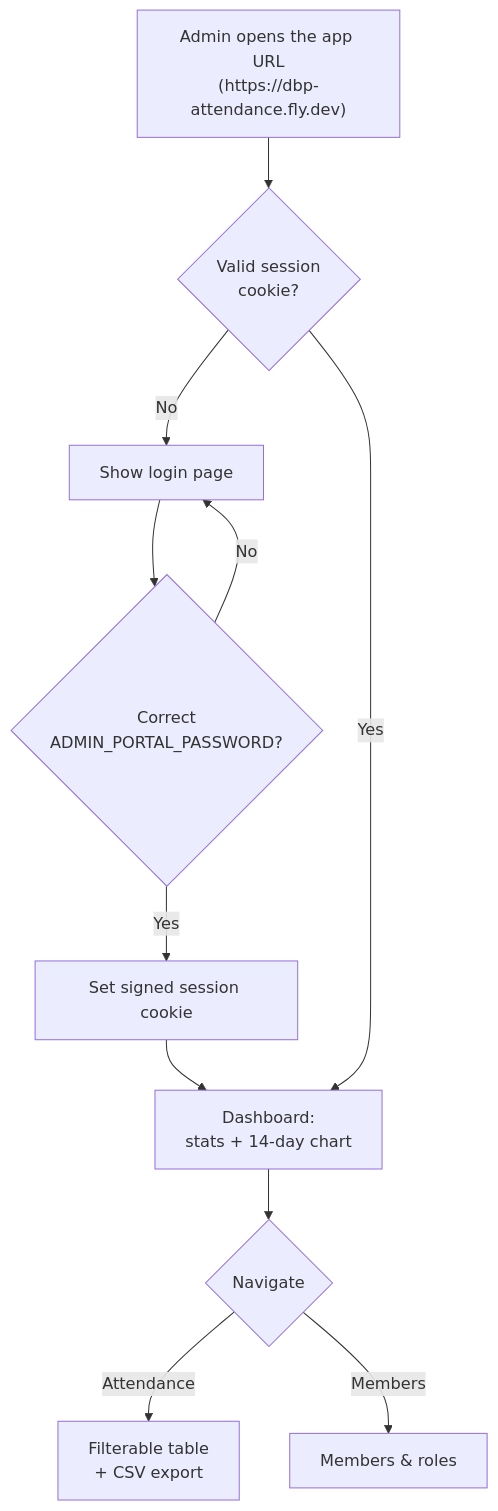
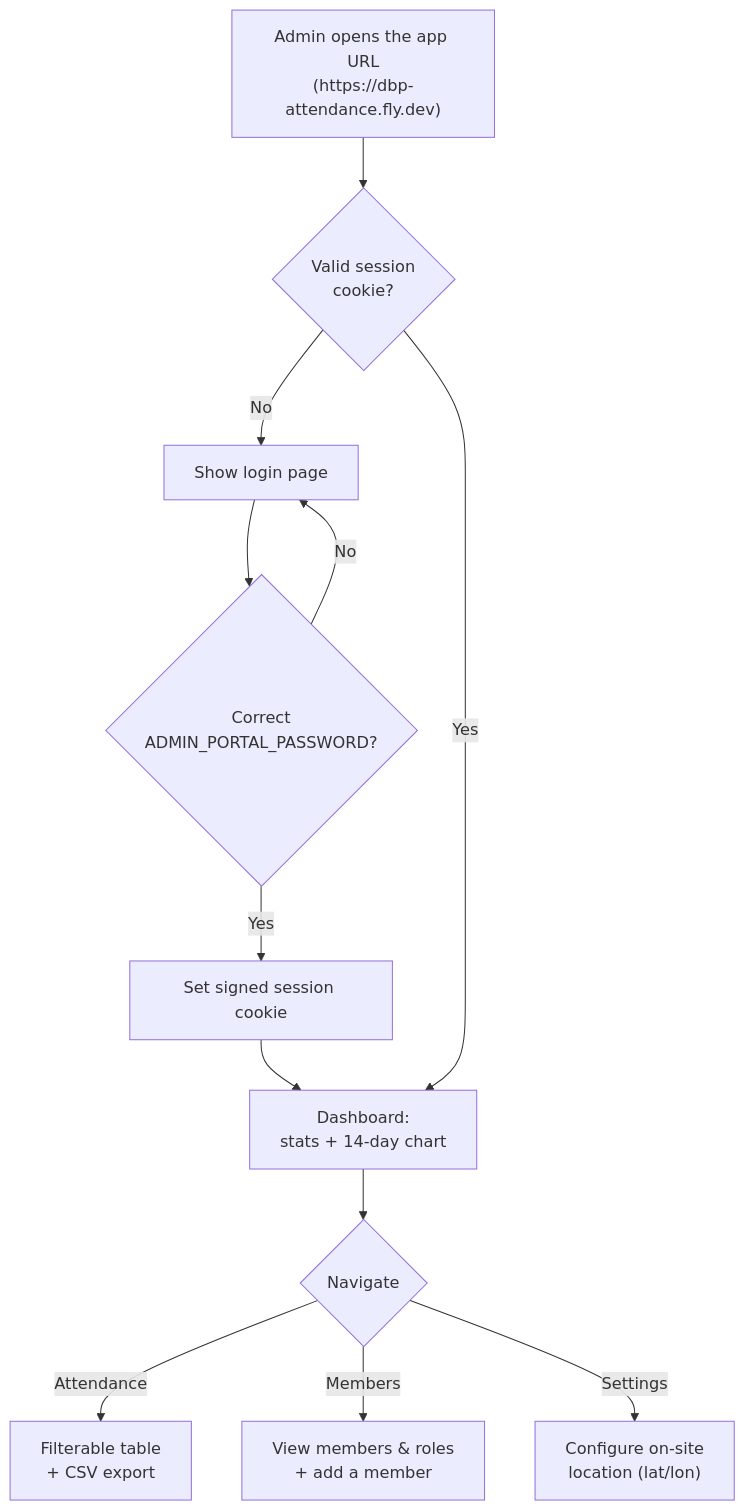
Before and after one commit to keovoin/DBP_Attendance: the tenth of 10 diagrams in FLOWCHART.md, drawn with Mermaid. The commit also changed other lines of this file and 2 other files, not shown here.

First line of the commit message:
Add interactive admin portal: configure location, add and view members

````diff
--- a/FLOWCHART.md
+++ b/FLOWCHART.md
@@ -192,13 +192,14 @@
 ```mermaid
 flowchart TD
     OPEN["Admin opens the app URL<br/>(https://dbp-attendance.fly.dev)"] --> AUTH{"Valid session<br/>cookie?"}
     AUTH -->|No| LOGIN["Show login page"]
     LOGIN --> PW{"Correct<br/>ADMIN_PORTAL_PASSWORD?"}
     PW -->|No| LOGIN
     PW -->|Yes| COOKIE["Set signed session cookie"]
     COOKIE --> DASH
     AUTH -->|Yes| DASH["Dashboard:<br/>stats + 14-day chart"]
     DASH --> PAGES{"Navigate"}
     PAGES -->|Attendance| TABLE["Filterable table<br/>+ CSV export"]
-    PAGES -->|Members| MEM["Members & roles"]
+    PAGES -->|Members| MEM["View members & roles<br/>+ add a member"]
+    PAGES -->|Settings| SET["Configure on-site<br/>location (lat/lon)"]
 ```
````
